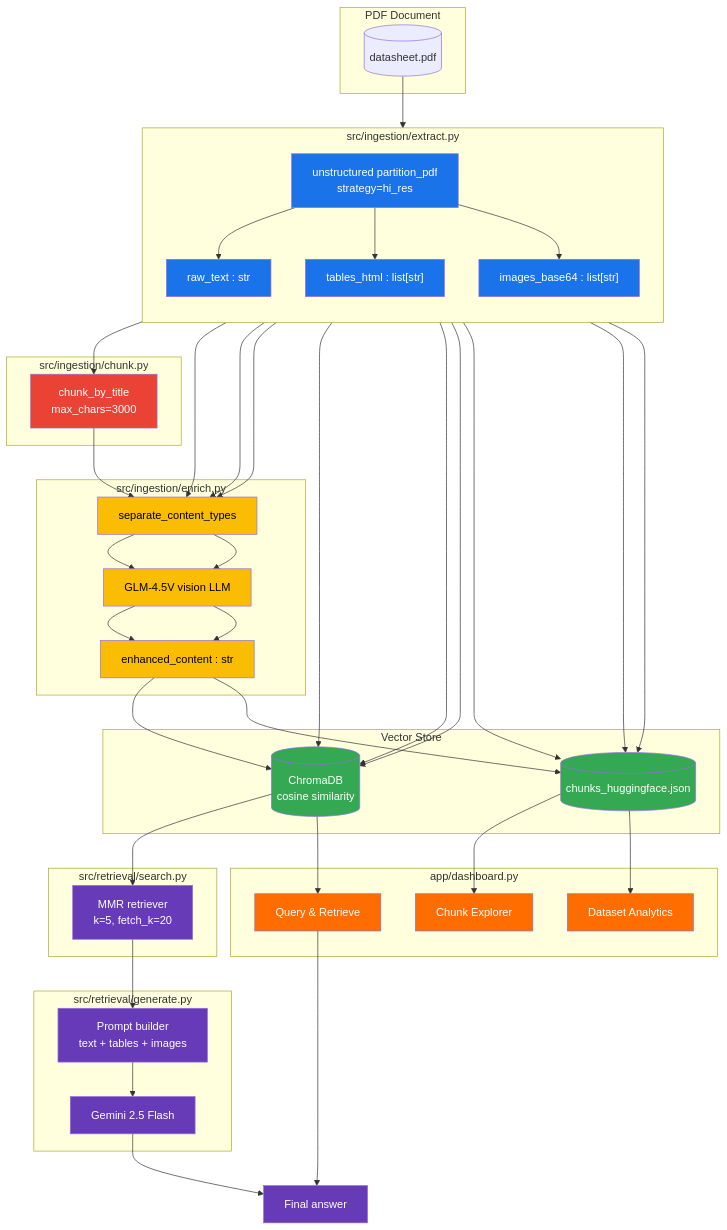
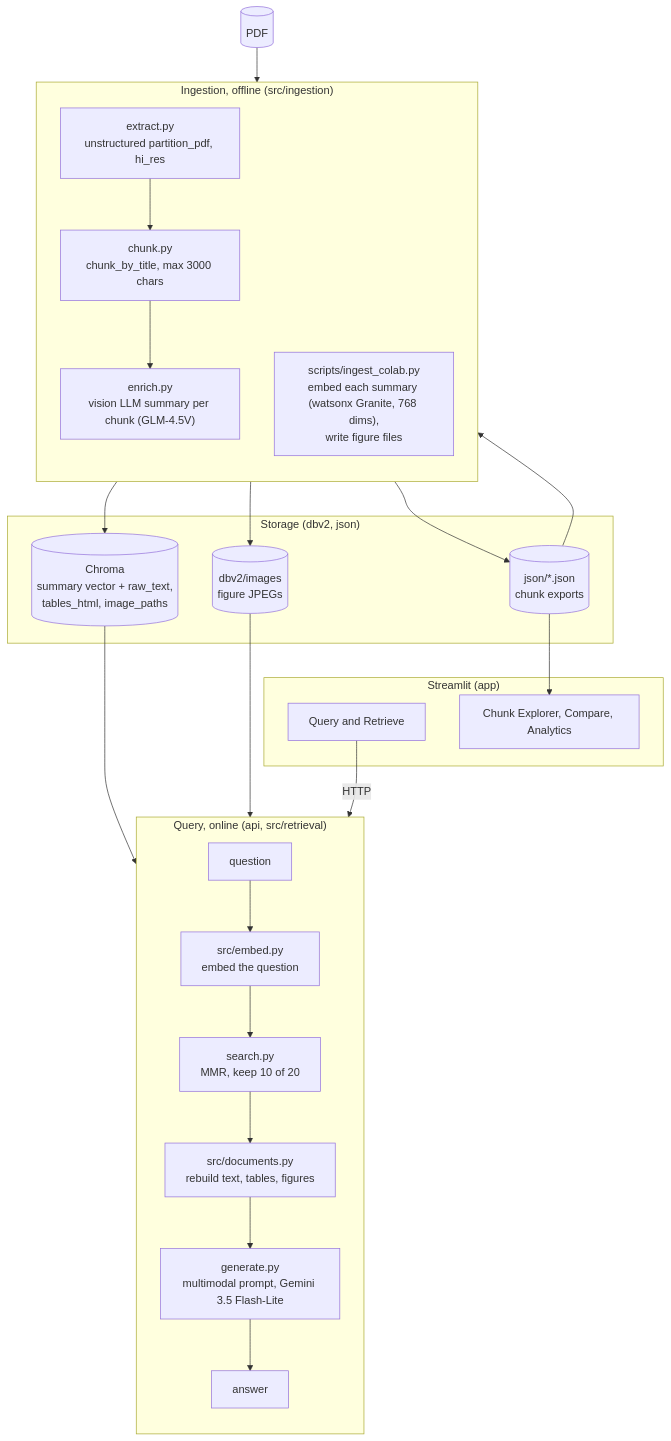
Before and after one commit to moksh-m9u/Multimodal-Rag: the diagram in README.md, drawn with Mermaid. The commit also changed other lines of this file and 1 other file, not shown here.

````diff
--- a/README.md
+++ b/README.md
@@ -31,88 +62,45 @@
 ```mermaid
 flowchart TB
-    subgraph Input["PDF Document"]
-        PDF[("datasheet.pdf")]
+    PDF[("PDF")]
+
+    subgraph Ingestion["Ingestion, offline (src/ingestion)"]
+        direction TB
+        PART["extract.py<br/>unstructured partition_pdf, hi_res"]
+        CHUNK["chunk.py<br/>chunk_by_title, max 3000 chars"]
+        ENRICH["enrich.py<br/>vision LLM summary per chunk (GLM-4.5V)"]
+        BUILD["scripts/ingest_colab.py<br/>embed each summary (watsonx Granite, 768 dims),<br/>write figure files"]
+        PART --> CHUNK --> ENRICH
     end
 
-    subgraph Extraction["src/ingestion/extract.py"]
-        direction TB
-        PART["unstructured partition_pdf\nstrategy=hi_res"] --> TEXT["raw_text : str"]
-        PART --> TABLES["tables_html : list[str]"]
-        PART --> IMAGES["images_base64 : list[str]"]
+    subgraph Storage["Storage (dbv2, json)"]
+        CHROMA[("Chroma<br/>summary vector + raw_text,<br/>tables_html, image_paths")]
+        IMAGES[("dbv2/images<br/>figure JPEGs")]
+        JSON[("json/*.json<br/>chunk exports")]
     end
 
-    subgraph Chunking["src/ingestion/chunk.py"]
-        CHUNK["chunk_by_title\nmax_chars=3000"]
+    subgraph Query["Query, online (api, src/retrieval)"]
+        direction TB
+        Q["question"]
+        EMBED_Q["src/embed.py<br/>embed the question"]
+        MMR["search.py<br/>MMR, keep 10 of 20"]
+        REBUILD["src/documents.py<br/>rebuild text, tables, figures"]
+        GEN["generate.py<br/>multimodal prompt, Gemini 3.5 Flash-Lite"]
+        ANSWER["answer"]
+        Q --> EMBED_Q --> MMR --> REBUILD --> GEN --> ANSWER
     end
 
-    subgraph Enrichment["src/ingestion/enrich.py"]
-        SEP["separate_content_types"] --> AI_SUM["GLM-4.5V vision LLM"]
-        AI_SUM --> ENHANCED["enhanced_content : str"]
+    subgraph UI["Streamlit (app)"]
+        CHAT["Query and Retrieve"]
+        EXPLORE["Chunk Explorer, Compare, Analytics"]
     end
 
-    subgraph Storage["Vector Store"]
-        CHROMA[("ChromaDB\ncosine similarity")]
-        JSON[("chunks_huggingface.json")]
-    end
-
-    subgraph Retrieval["src/retrieval/search.py"]
-        MMR["MMR retriever\nk=5, fetch_k=20"]
-    end
-
-    subgraph Generation["src/retrieval/generate.py"]
-        PROMPT["Prompt builder\ntext + tables + images"]
-        GEMINI["Gemini 2.5 Flash"]
-    end
-
-    subgraph Dashboard["app/dashboard.py"]
-        EXPLORE["Chunk Explorer"]
-        ANALYTICS["Dataset Analytics"]
-        CHAT["Query & Retrieve"]
-    end
-
-    %% Ingestion flow
     PDF --> PART
-    PART --> CHUNK
-    CHUNK --> SEP
-    TEXT --> SEP
-    TABLES --> SEP
-    IMAGES --> SEP
-    SEP --> AI_SUM
-    AI_SUM --> ENHANCED
-
-    %% Storage
-    ENHANCED --> CHROMA
-    TEXT --> CHROMA
-    TABLES --> CHROMA
-    IMAGES --> CHROMA
-    ENHANCED --> JSON
-    TEXT --> JSON
-    TABLES --> JSON
-    IMAGES --> JSON
-
-    %% Retrieval flow
+    ENRICH --> JSON
+    JSON --> BUILD
+    BUILD --> CHROMA
+    BUILD --> IMAGES
     CHROMA --> MMR
-    MMR --> PROMPT
-    PROMPT --> GEMINI
-    GEMINI --> ANSWER["Final answer"]
-
-    %% Dashboard flow
+    IMAGES --> REBUILD
+    CHAT -- "HTTP" --> Q
     JSON --> EXPLORE
-    JSON --> ANALYTICS
-    CHROMA --> CHAT
-    CHAT --> ANSWER
-
-    %% Styling
-    classDef extract fill:#1a73e8,color:#fff
-    classDef chunk fill:#ea4335,color:#fff
-    classDef enrich fill:#fbbc04,color:#000
-    classDef store fill:#34a853,color:#fff
-    classDef retrieve fill:#673ab7,color:#fff
-    classDef ui fill:#ff6d01,color:#fff
-    class PART,TEXT,TABLES,IMAGES extract
-    class CHUNK chunk
-    class SEP,AI_SUM,ENHANCED enrich
-    class CHROMA,JSON store
-    class MMR,PROMPT,GEMINI,ANSWER retrieve
-    class EXPLORE,ANALYTICS,CHAT ui
 ```
````
